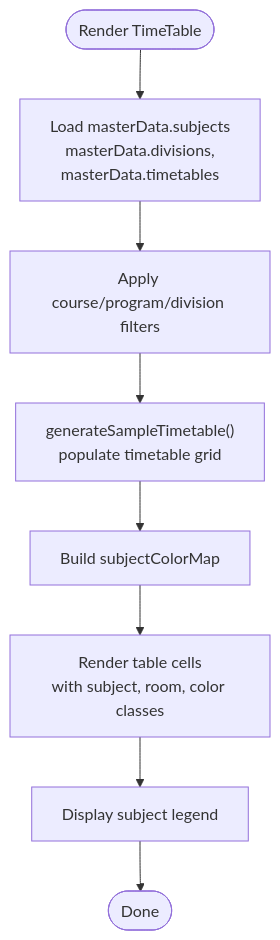
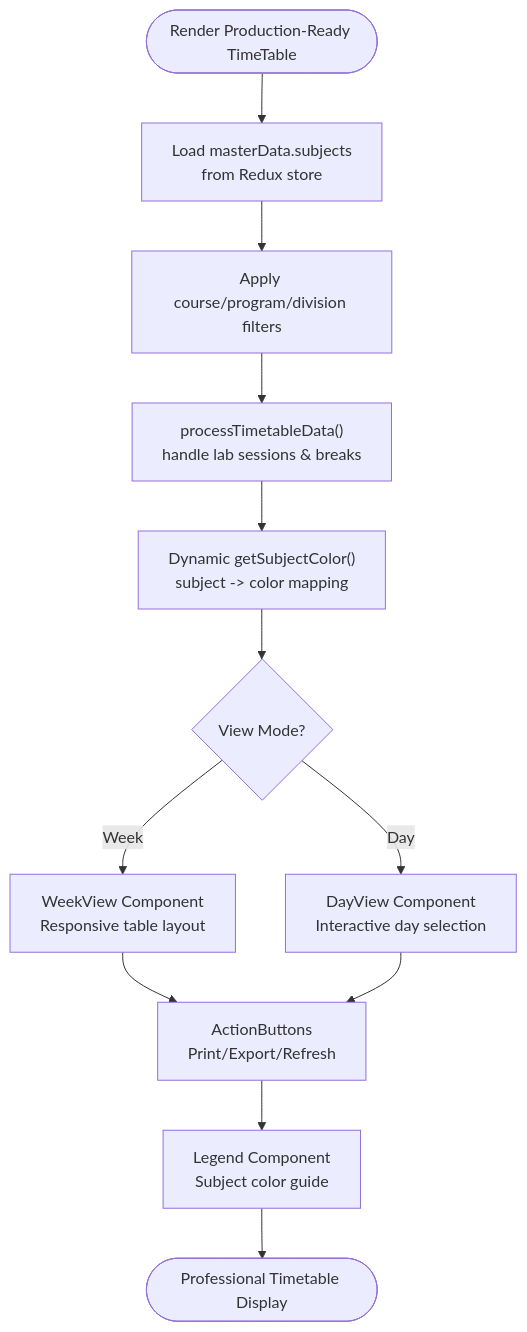
One commit to Aryan9060/Timetable-Project changed the eighth of 10 diagrams in .qoder/repowiki/en/content/Timetable Generation System/Timetable Generation System.md. Above: the diagram before and after it, drawn with Mermaid. The commit also changed other lines of this file and 7 other files, not shown here.

First line of the commit message:
feat(timetable): enhance data integration with real-time sync and caching

````diff
--- a/.qoder/repowiki/en/content/Timetable Generation System/Timetable Generation System.md
+++ b/.qoder/repowiki/en/content/Timetable Generation System/Timetable Generation System.md
@@ -512,10 +508,14 @@
 ```mermaid
 flowchart TD
-Start(["Render TimeTable"]) --> LoadData["Load masterData.subjects<br/>masterData.divisions,<br/>masterData.timetables"]
+Start(["Render Production-Ready TimeTable"]) --> LoadData["Load masterData.subjects<br/>from Redux store"]
 LoadData --> Filters["Apply course/program/division filters"]
-Filters --> Generate["generateSampleTimetable()<br/>populate timetable grid"]
-Generate --> ColorMap["Build subjectColorMap"]
-ColorMap --> Render["Render table cells<br/>with subject, room, color classes"]
-Render --> Legend["Display subject legend"]
-Legend --> End(["Done"])
+Filters --> Generate["processTimetableData()<br/>handle lab sessions & breaks"]
+Generate --> ColorMap["Dynamic getSubjectColor()<br/>subject -> color mapping"]
+ColorMap --> ViewMode{"View Mode?"}
+ViewMode --> |Week| WeekView["WeekView Component<br/>Responsive table layout"]
+ViewMode --> |Day| DayView["DayView Component<br/>Interactive day selection"]
+WeekView --> Actions["ActionButtons<br/>Print/Export/Refresh"]
+DayView --> Actions
+Actions --> Legend["Legend Component<br/>Subject color guide"]
+Legend --> End(["Professional Timetable Display"])
 ```
````
